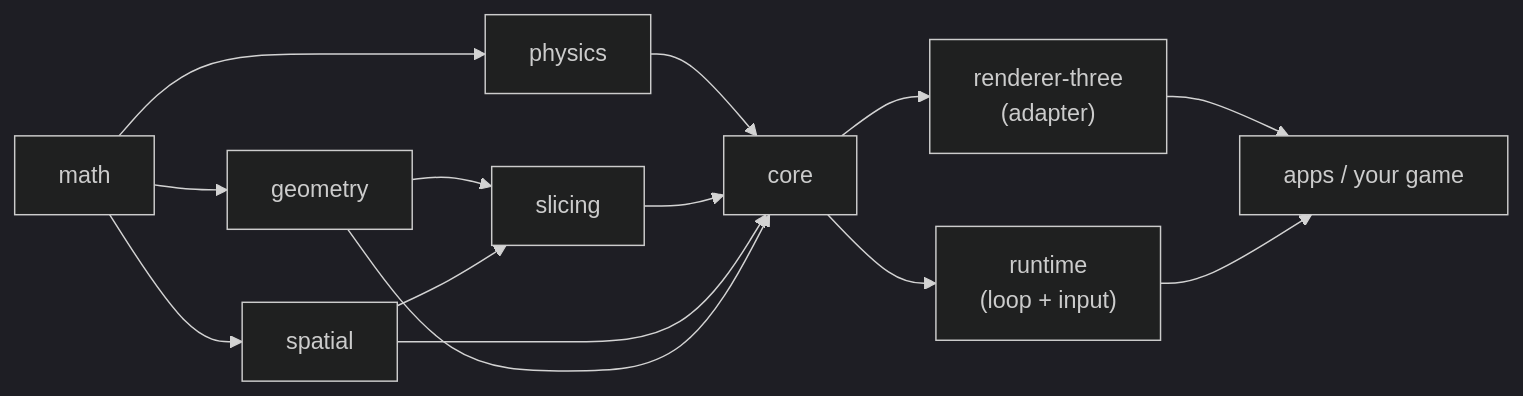
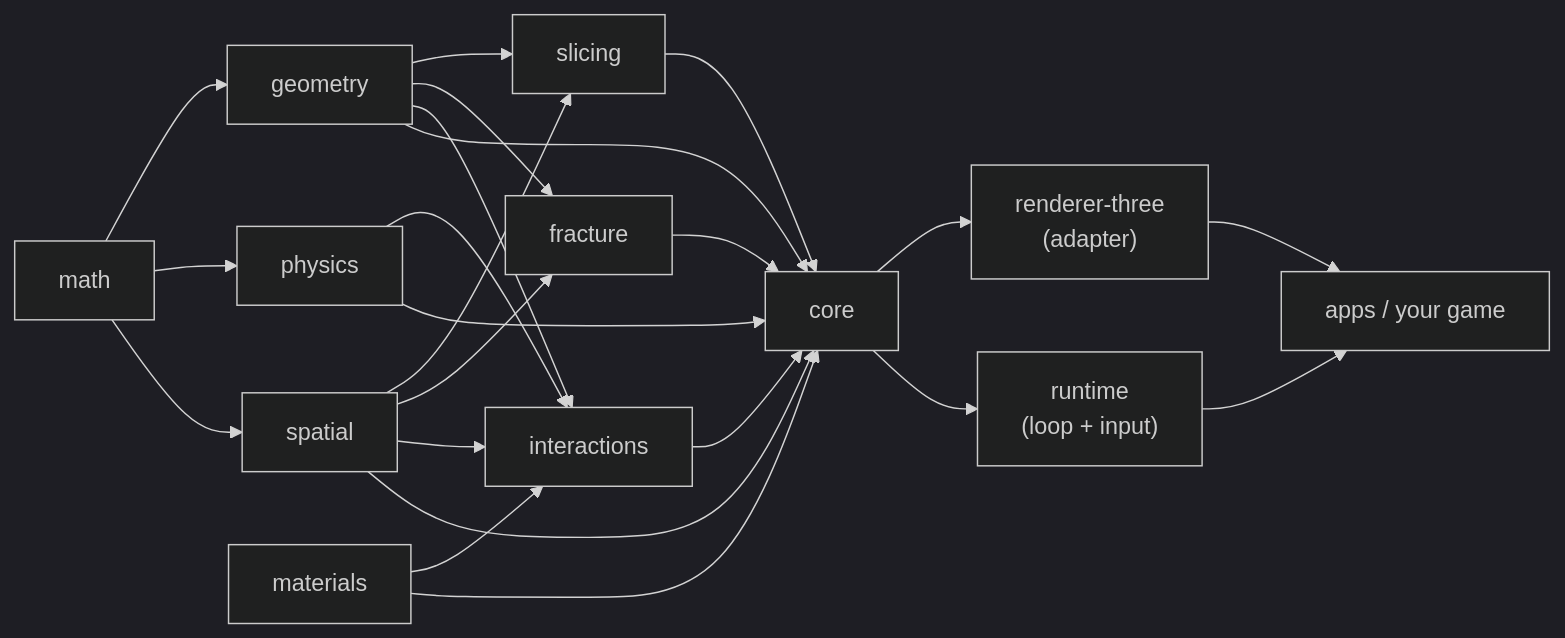
One commit to RohanFredriksson/vanilla-slice changed the diagram in README.md. Above: the diagram before and after it, drawn with Mermaid (dark theme). The commit also changed other lines of this file, not shown here.

````diff
--- a/README.md
+++ b/README.md
@@ -55,16 +65,25 @@
 ```mermaid
 flowchart LR
   math --> geometry
   math --> physics
   math --> spatial
   geometry --> slicing
   spatial --> slicing
+  geometry --> fracture
+  spatial --> fracture
+  materials --> interactions
+  physics --> interactions
+  geometry --> interactions
+  spatial --> interactions
   physics --> core
   slicing --> core
+  fracture --> core
+  interactions --> core
+  materials --> core
   spatial --> core
   geometry --> core
   core --> renderer["renderer-three<br/>(adapter)"]
   core --> runtime["runtime<br/>(loop + input)"]
   renderer --> apps["apps / your game"]
   runtime --> apps
 ```
````
